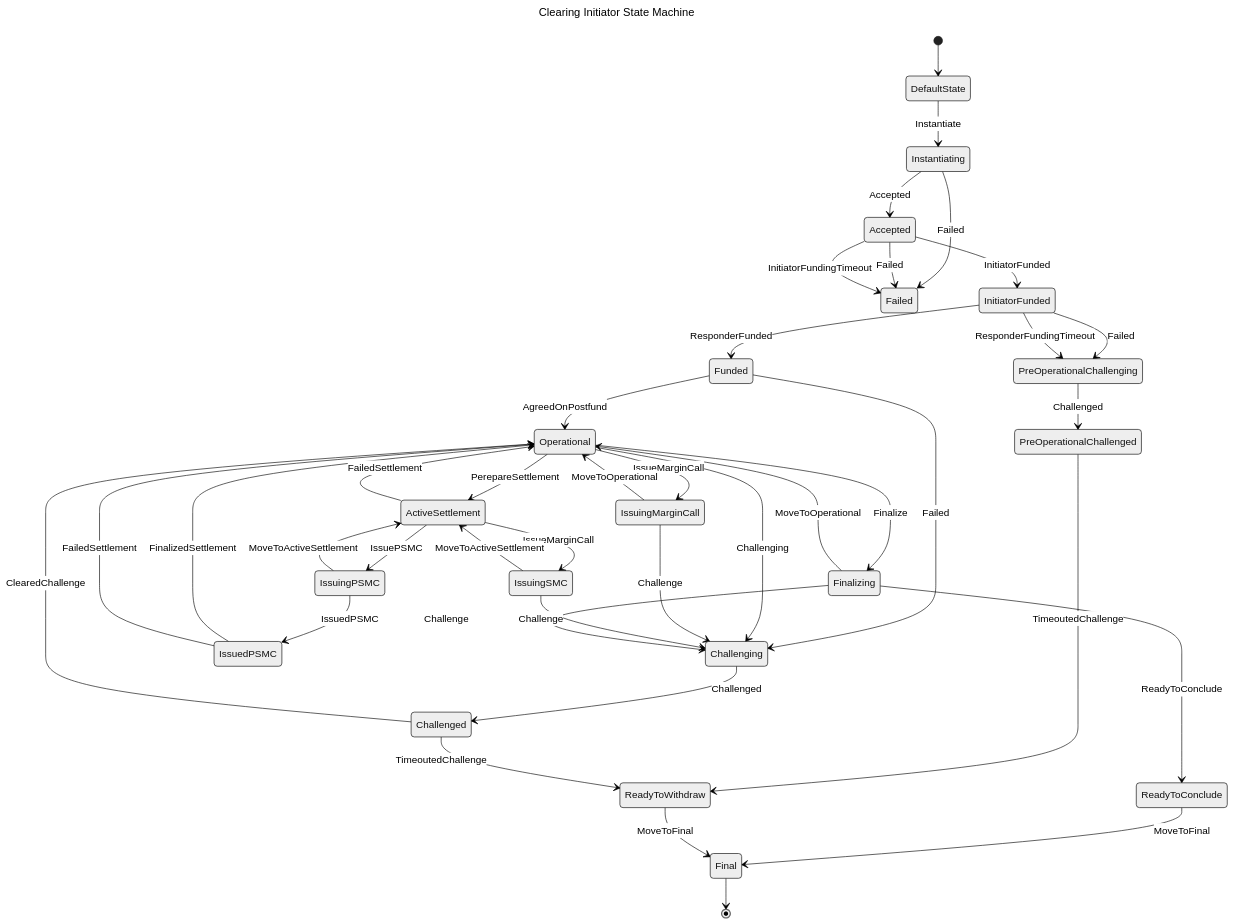
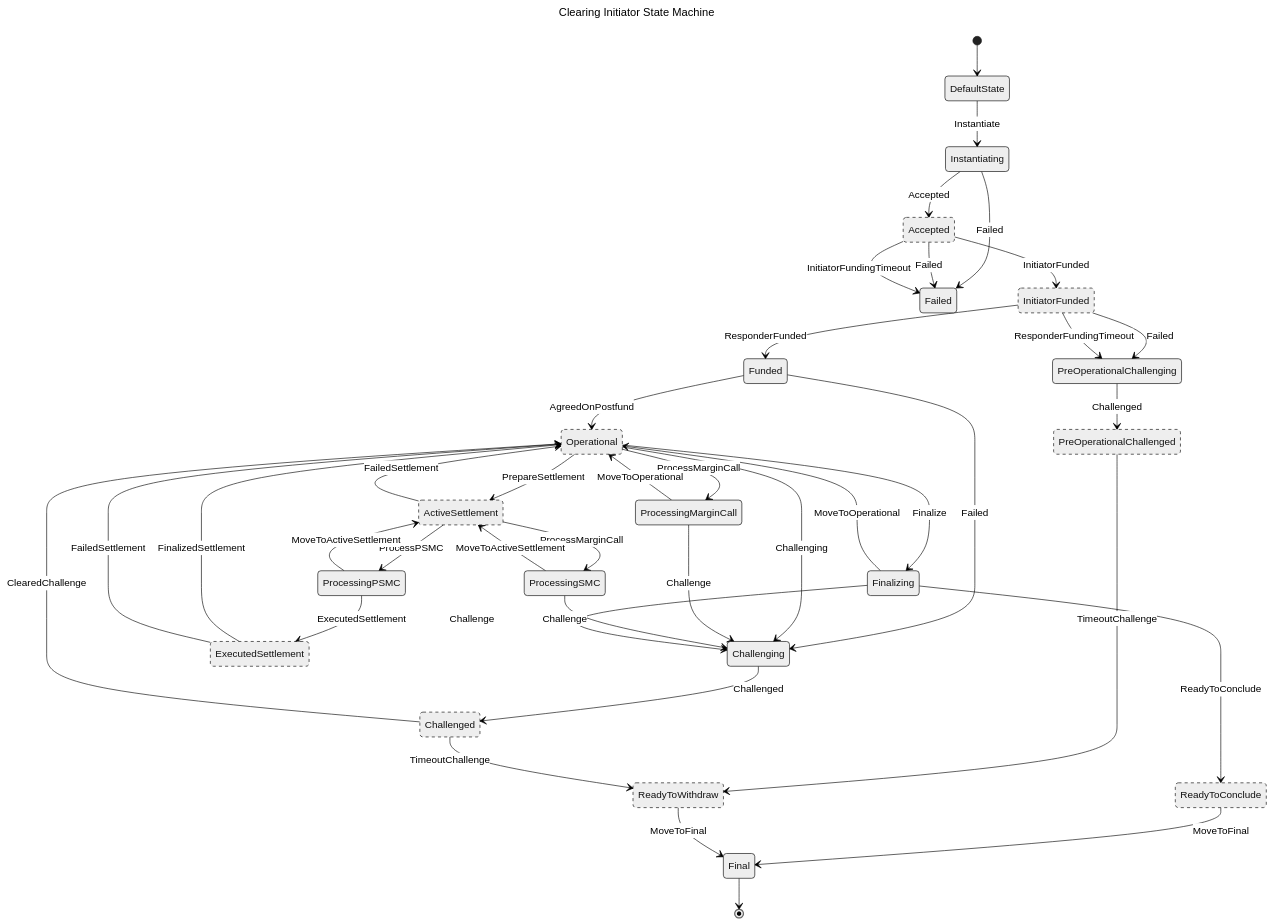
Before and after one commit to layer-3/clearsync: the first of 2 diagrams in docs/YIP/YIP-0011-clearing-state-machine.md, drawn with Mermaid (neutral theme). The commit also changed other lines of this file, not shown here.

````diff
--- a/docs/YIP/YIP-0011-clearing-state-machine.md
+++ b/docs/YIP/YIP-0011-clearing-state-machine.md
@@ -23,62 +26,66 @@
 ```mermaid
 ---
 title: Clearing Initiator State Machine
 ---
 
 stateDiagram-v2
+    classDef waiting stroke-dasharray:5
+
+    class Accepted, InitiatorFunded, PreOperationalChallenged, Operational, ActiveSettlement, ExecutedSettlement, Challenged, ReadyToConclude, ReadyToWithdraw waiting
+
     [*] --> DefaultState
     DefaultState --> Instantiating: Instantiate
 
     Instantiating --> Accepted: Accepted
     Instantiating --> Failed: Failed
 
     Accepted --> InitiatorFunded: InitiatorFunded
     Accepted --> Failed: Failed
     Accepted --> Failed: InitiatorFundingTimeout
 
     InitiatorFunded --> Funded: ResponderFunded
     InitiatorFunded --> PreOperationalChallenging: Failed
     InitiatorFunded --> PreOperationalChallenging: ResponderFundingTimeout
     
     PreOperationalChallenging --> PreOperationalChallenged: Challenged
 
-    PreOperationalChallenged --> ReadyToWithdraw: TimeoutedChallenge
+    PreOperationalChallenged --> ReadyToWithdraw: TimeoutChallenge
 
     Funded --> Operational: AgreedOnPostfund
     Funded --> Challenging: Failed
 
-    Operational --> ActiveSettlement: PerepareSettlement
+    Operational --> ActiveSettlement: PrepareSettlement
     Operational --> Finalizing: Finalize
-    Operational --> IssuingMarginCall: IssueMarginCall
+    Operational --> ProcessingMarginCall: ProcessMarginCall
     Operational --> Challenging: Challenging
     
-    IssuingMarginCall --> Operational: MoveToOperational
-    IssuingMarginCall --> Challenging: Challenge
+    ProcessingMarginCall --> Operational: MoveToOperational
+    ProcessingMarginCall --> Challenging: Challenge
 
-    ActiveSettlement --> IssuingPSMC: IssuePSMC
-    ActiveSettlement --> IssuingSMC: IssueMarginCall
+    ActiveSettlement --> ProcessingPSMC: ProcessPSMC
+    ActiveSettlement --> ProcessingSMC: ProcessMarginCall
     ActiveSettlement --> Operational: FailedSettlement
 
-    IssuingSMC --> ActiveSettlement: MoveToActiveSettlement
-    IssuingSMC --> Challenging: Challenge
+    ProcessingSMC --> ActiveSettlement: MoveToActiveSettlement
+    ProcessingSMC --> Challenging: Challenge
 
-    IssuingPSMC --> IssuedPSMC: IssuedPSMC
-    IssuingPSMC --> ActiveSettlement: MoveToActiveSettlement
+    ProcessingPSMC --> ExecutedSettlement: ExecutedSettlement
+    ProcessingPSMC --> ActiveSettlement: MoveToActiveSettlement
 
-    IssuedPSMC --> Operational: FinalizedSettlement
-    IssuedPSMC --> Operational: FailedSettlement
+    ExecutedSettlement --> Operational: FinalizedSettlement
+    ExecutedSettlement --> Operational: FailedSettlement
 
     Challenging --> Challenged: Challenged
 
     Challenged --> Operational: ClearedChallenge
-    Challenged --> ReadyToWithdraw: TimeoutedChallenge
+    Challenged --> ReadyToWithdraw: TimeoutChallenge
     
     Finalizing --> ReadyToConclude: ReadyToConclude
     Finalizing --> Challenging: Challenge
     Finalizing --> Operational: MoveToOperational
 
     ReadyToConclude --> Final: MoveToFinal
     ReadyToWithdraw --> Final: MoveToFinal
 
     Final --> [*]
 ```
````
